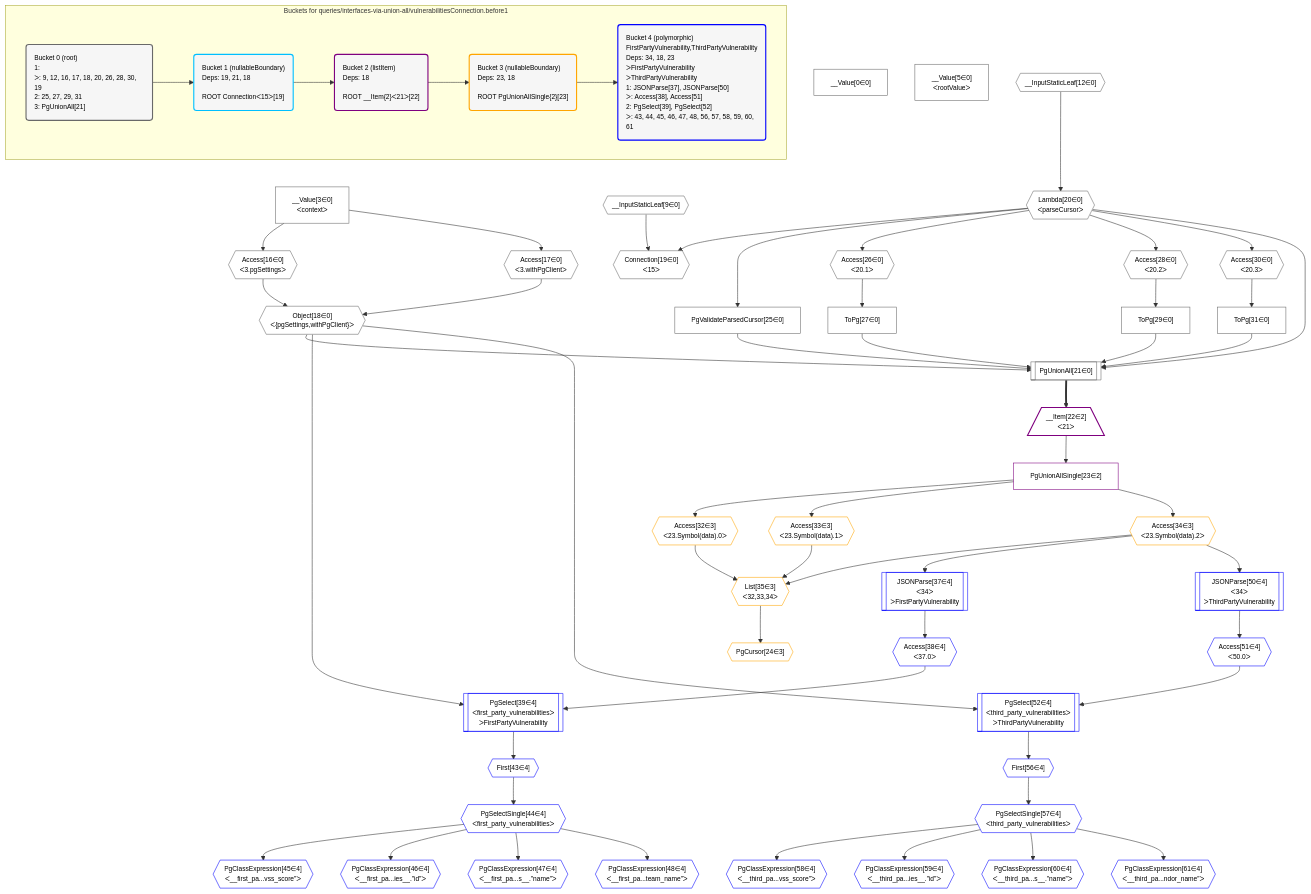
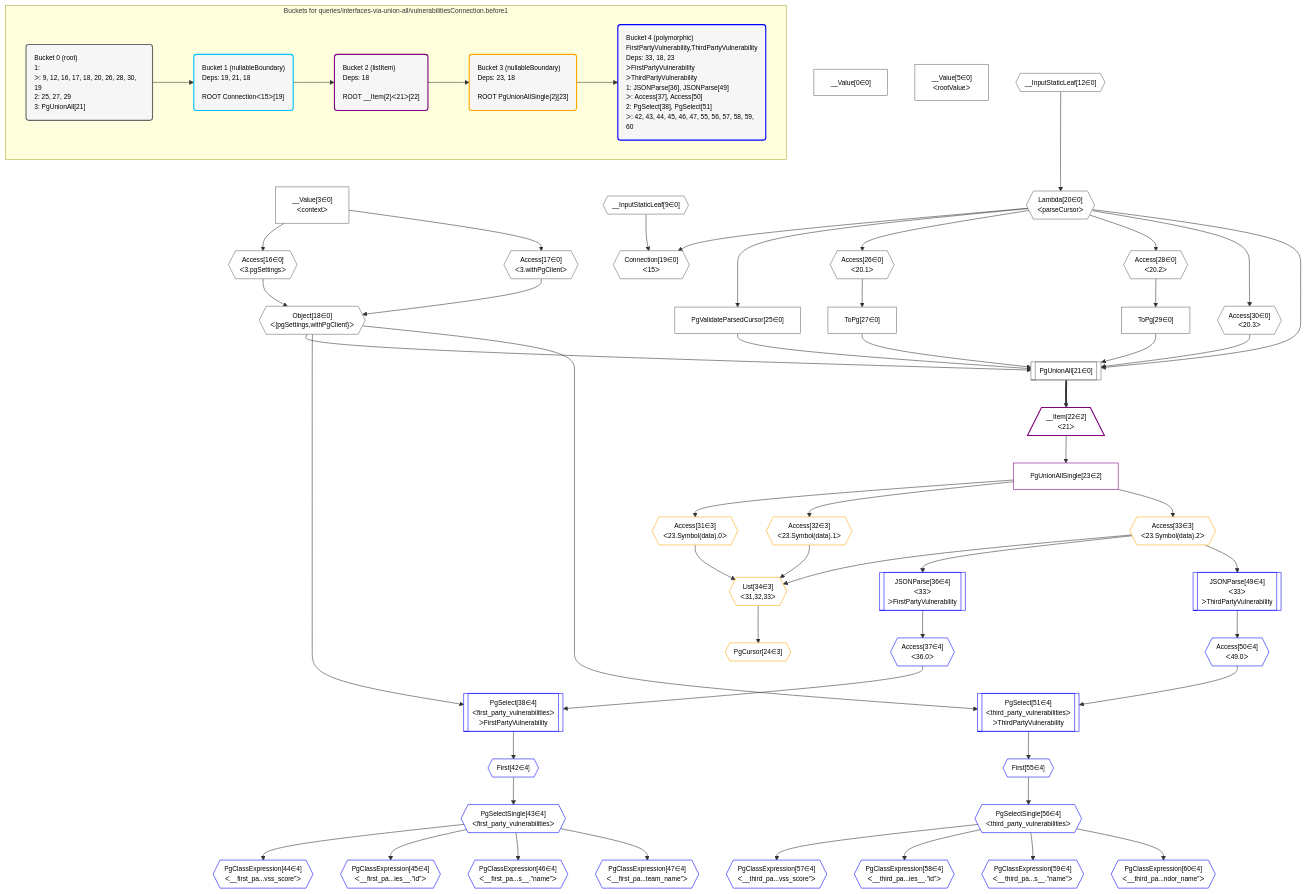
One commit to graphile/crystal changed the diagram in grafast/dataplan-pg/__tests__/queries/interfaces-via-union-all/vulnerabilitiesConnection.before1.mermaid. Above: the diagram before and after it, drawn with Mermaid. The commit also changed 13 other files, not shown here.

```diff
--- a/grafast/dataplan-pg/__tests__/queries/interfaces-via-union-all/vulnerabilitiesConnection.before1.mermaid
+++ b/grafast/dataplan-pg/__tests__/queries/interfaces-via-union-all/vulnerabilitiesConnection.before1.mermaid
@@ -1,116 +1,114 @@
 %%{init: {'themeVariables': { 'fontSize': '12px'}}}%%
 graph TD
     classDef path fill:#eee,stroke:#000,color:#000
     classDef plan fill:#fff,stroke-width:1px,color:#000
     classDef itemplan fill:#fff,stroke-width:2px,color:#000
     classDef unbatchedplan fill:#dff,stroke-width:1px,color:#000
     classDef sideeffectplan fill:#fcc,stroke-width:2px,color:#000
     classDef bucket fill:#f6f6f6,color:#000,stroke-width:2px,text-align:left
 
 
     %% define steps
     __Value0["__Value[0∈0]"]:::plan
     __Value3["__Value[3∈0]<br />ᐸcontextᐳ"]:::plan
     __Value5["__Value[5∈0]<br />ᐸrootValueᐳ"]:::plan
     __InputStaticLeaf9{{"__InputStaticLeaf[9∈0]"}}:::plan
     __InputStaticLeaf12{{"__InputStaticLeaf[12∈0]"}}:::plan
     Access16{{"Access[16∈0]<br />ᐸ3.pgSettingsᐳ"}}:::plan
     Access17{{"Access[17∈0]<br />ᐸ3.withPgClientᐳ"}}:::plan
     Object18{{"Object[18∈0]<br />ᐸ{pgSettings,withPgClient}ᐳ"}}:::plan
     Lambda20{{"Lambda[20∈0]<br />ᐸparseCursorᐳ"}}:::plan
     Connection19{{"Connection[19∈0]<br />ᐸ15ᐳ"}}:::plan
     PgValidateParsedCursor25["PgValidateParsedCursor[25∈0]"]:::plan
     Access26{{"Access[26∈0]<br />ᐸ20.1ᐳ"}}:::plan
     ToPg27["ToPg[27∈0]"]:::plan
     Access28{{"Access[28∈0]<br />ᐸ20.2ᐳ"}}:::plan
     ToPg29["ToPg[29∈0]"]:::plan
     Access30{{"Access[30∈0]<br />ᐸ20.3ᐳ"}}:::plan
-    ToPg31["ToPg[31∈0]"]:::plan
     PgUnionAll21[["PgUnionAll[21∈0]"]]:::plan
     __Item22[/"__Item[22∈2]<br />ᐸ21ᐳ"\]:::itemplan
     PgUnionAllSingle23["PgUnionAllSingle[23∈2]"]:::plan
-    Access32{{"Access[32∈3]<br />ᐸ23.Symbol(data).0ᐳ"}}:::plan
-    Access33{{"Access[33∈3]<br />ᐸ23.Symbol(data).1ᐳ"}}:::plan
-    Access34{{"Access[34∈3]<br />ᐸ23.Symbol(data).2ᐳ"}}:::plan
-    List35{{"List[35∈3]<br />ᐸ32,33,34ᐳ"}}:::plan
+    Access31{{"Access[31∈3]<br />ᐸ23.Symbol(data).0ᐳ"}}:::plan
+    Access32{{"Access[32∈3]<br />ᐸ23.Symbol(data).1ᐳ"}}:::plan
+    Access33{{"Access[33∈3]<br />ᐸ23.Symbol(data).2ᐳ"}}:::plan
+    List34{{"List[34∈3]<br />ᐸ31,32,33ᐳ"}}:::plan
     PgCursor24{{"PgCursor[24∈3]"}}:::plan
-    JSONParse37[["JSONParse[37∈4]<br />ᐸ34ᐳ<br />ᐳFirstPartyVulnerability"]]:::plan
-    Access38{{"Access[38∈4]<br />ᐸ37.0ᐳ"}}:::plan
-    PgSelect39[["PgSelect[39∈4]<br />ᐸfirst_party_vulnerabilitiesᐳ<br />ᐳFirstPartyVulnerability"]]:::plan
-    First43{{"First[43∈4]"}}:::plan
-    PgSelectSingle44{{"PgSelectSingle[44∈4]<br />ᐸfirst_party_vulnerabilitiesᐳ"}}:::plan
-    PgClassExpression45{{"PgClassExpression[45∈4]<br />ᐸ__first_pa...vss_score”ᐳ"}}:::plan
-    PgClassExpression46{{"PgClassExpression[46∈4]<br />ᐸ__first_pa...ies__.”id”ᐳ"}}:::plan
-    PgClassExpression47{{"PgClassExpression[47∈4]<br />ᐸ__first_pa...s__.”name”ᐳ"}}:::plan
-    PgClassExpression48{{"PgClassExpression[48∈4]<br />ᐸ__first_pa...team_name”ᐳ"}}:::plan
-    JSONParse50[["JSONParse[50∈4]<br />ᐸ34ᐳ<br />ᐳThirdPartyVulnerability"]]:::plan
-    Access51{{"Access[51∈4]<br />ᐸ50.0ᐳ"}}:::plan
-    PgSelect52[["PgSelect[52∈4]<br />ᐸthird_party_vulnerabilitiesᐳ<br />ᐳThirdPartyVulnerability"]]:::plan
-    First56{{"First[56∈4]"}}:::plan
-    PgSelectSingle57{{"PgSelectSingle[57∈4]<br />ᐸthird_party_vulnerabilitiesᐳ"}}:::plan
-    PgClassExpression58{{"PgClassExpression[58∈4]<br />ᐸ__third_pa...vss_score”ᐳ"}}:::plan
-    PgClassExpression59{{"PgClassExpression[59∈4]<br />ᐸ__third_pa...ies__.”id”ᐳ"}}:::plan
-    PgClassExpression60{{"PgClassExpression[60∈4]<br />ᐸ__third_pa...s__.”name”ᐳ"}}:::plan
-    PgClassExpression61{{"PgClassExpression[61∈4]<br />ᐸ__third_pa...ndor_name”ᐳ"}}:::plan
+    JSONParse36[["JSONParse[36∈4]<br />ᐸ33ᐳ<br />ᐳFirstPartyVulnerability"]]:::plan
+    Access37{{"Access[37∈4]<br />ᐸ36.0ᐳ"}}:::plan
+    PgSelect38[["PgSelect[38∈4]<br />ᐸfirst_party_vulnerabilitiesᐳ<br />ᐳFirstPartyVulnerability"]]:::plan
+    First42{{"First[42∈4]"}}:::plan
+    PgSelectSingle43{{"PgSelectSingle[43∈4]<br />ᐸfirst_party_vulnerabilitiesᐳ"}}:::plan
+    PgClassExpression44{{"PgClassExpression[44∈4]<br />ᐸ__first_pa...vss_score”ᐳ"}}:::plan
+    PgClassExpression45{{"PgClassExpression[45∈4]<br />ᐸ__first_pa...ies__.”id”ᐳ"}}:::plan
+    PgClassExpression46{{"PgClassExpression[46∈4]<br />ᐸ__first_pa...s__.”name”ᐳ"}}:::plan
+    PgClassExpression47{{"PgClassExpression[47∈4]<br />ᐸ__first_pa...team_name”ᐳ"}}:::plan
+    JSONParse49[["JSONParse[49∈4]<br />ᐸ33ᐳ<br />ᐳThirdPartyVulnerability"]]:::plan
+    Access50{{"Access[50∈4]<br />ᐸ49.0ᐳ"}}:::plan
+    PgSelect51[["PgSelect[51∈4]<br />ᐸthird_party_vulnerabilitiesᐳ<br />ᐳThirdPartyVulnerability"]]:::plan
+    First55{{"First[55∈4]"}}:::plan
+    PgSelectSingle56{{"PgSelectSingle[56∈4]<br />ᐸthird_party_vulnerabilitiesᐳ"}}:::plan
+    PgClassExpression57{{"PgClassExpression[57∈4]<br />ᐸ__third_pa...vss_score”ᐳ"}}:::plan
+    PgClassExpression58{{"PgClassExpression[58∈4]<br />ᐸ__third_pa...ies__.”id”ᐳ"}}:::plan
+    PgClassExpression59{{"PgClassExpression[59∈4]<br />ᐸ__third_pa...s__.”name”ᐳ"}}:::plan
+    PgClassExpression60{{"PgClassExpression[60∈4]<br />ᐸ__third_pa...ndor_name”ᐳ"}}:::plan
 
     %% plan dependencies
     __Value3 --> Access16
     __Value3 --> Access17
     Access16 & Access17 --> Object18
     __InputStaticLeaf12 --> Lambda20
     __InputStaticLeaf9 & Lambda20 --> Connection19
     Lambda20 --> PgValidateParsedCursor25
     Lambda20 --> Access26
     Access26 --> ToPg27
     Lambda20 --> Access28
     Access28 --> ToPg29
     Lambda20 --> Access30
-    Access30 --> ToPg31
-    Object18 & Lambda20 & PgValidateParsedCursor25 & ToPg27 & ToPg29 & ToPg31 --> PgUnionAll21
+    Object18 & Lambda20 & PgValidateParsedCursor25 & ToPg27 & ToPg29 & Access30 --> PgUnionAll21
     PgUnionAll21 ==> __Item22
     __Item22 --> PgUnionAllSingle23
+    PgUnionAllSingle23 --> Access31
     PgUnionAllSingle23 --> Access32
     PgUnionAllSingle23 --> Access33
-    PgUnionAllSingle23 --> Access34
-    Access32 & Access33 & Access34 --> List35
-    List35 --> PgCursor24
-    Access34 --> JSONParse37
-    JSONParse37 --> Access38
-    Object18 & Access38 --> PgSelect39
-    PgSelect39 --> First43
-    First43 --> PgSelectSingle44
-    PgSelectSingle44 --> PgClassExpression45
-    PgSelectSingle44 --> PgClassExpression46
-    PgSelectSingle44 --> PgClassExpression47
-    PgSelectSingle44 --> PgClassExpression48
-    Access34 --> JSONParse50
-    JSONParse50 --> Access51
-    Object18 & Access51 --> PgSelect52
-    PgSelect52 --> First56
-    First56 --> PgSelectSingle57
-    PgSelectSingle57 --> PgClassExpression58
-    PgSelectSingle57 --> PgClassExpression59
-    PgSelectSingle57 --> PgClassExpression60
-    PgSelectSingle57 --> PgClassExpression61
+    Access31 & Access32 & Access33 --> List34
+    List34 --> PgCursor24
+    Access33 --> JSONParse36
+    JSONParse36 --> Access37
+    Object18 & Access37 --> PgSelect38
+    PgSelect38 --> First42
+    First42 --> PgSelectSingle43
+    PgSelectSingle43 --> PgClassExpression44
+    PgSelectSingle43 --> PgClassExpression45
+    PgSelectSingle43 --> PgClassExpression46
+    PgSelectSingle43 --> PgClassExpression47
+    Access33 --> JSONParse49
+    JSONParse49 --> Access50
+    Object18 & Access50 --> PgSelect51
+    PgSelect51 --> First55
+    First55 --> PgSelectSingle56
+    PgSelectSingle56 --> PgClassExpression57
+    PgSelectSingle56 --> PgClassExpression58
+    PgSelectSingle56 --> PgClassExpression59
+    PgSelectSingle56 --> PgClassExpression60
 
     subgraph "Buckets for queries/interfaces-via-union-all/vulnerabilitiesConnection.before1"
-    Bucket0("Bucket 0 (root)<br />1: <br />ᐳ: 9, 12, 16, 17, 18, 20, 26, 28, 30, 19<br />2: 25, 27, 29, 31<br />3: PgUnionAll[21]"):::bucket
+    Bucket0("Bucket 0 (root)<br />1: <br />ᐳ: 9, 12, 16, 17, 18, 20, 26, 28, 30, 19<br />2: 25, 27, 29<br />3: PgUnionAll[21]"):::bucket
     classDef bucket0 stroke:#696969
-    class Bucket0,__Value0,__Value3,__Value5,__InputStaticLeaf9,__InputStaticLeaf12,Access16,Access17,Object18,Connection19,Lambda20,PgUnionAll21,PgValidateParsedCursor25,Access26,ToPg27,Access28,ToPg29,Access30,ToPg31 bucket0
+    class Bucket0,__Value0,__Value3,__Value5,__InputStaticLeaf9,__InputStaticLeaf12,Access16,Access17,Object18,Connection19,Lambda20,PgUnionAll21,PgValidateParsedCursor25,Access26,ToPg27,Access28,ToPg29,Access30 bucket0
     Bucket1("Bucket 1 (nullableBoundary)<br />Deps: 19, 21, 18<br /><br />ROOT Connectionᐸ15ᐳ[19]"):::bucket
     classDef bucket1 stroke:#00bfff
     class Bucket1 bucket1
     Bucket2("Bucket 2 (listItem)<br />Deps: 18<br /><br />ROOT __Item{2}ᐸ21ᐳ[22]"):::bucket
     classDef bucket2 stroke:#7f007f
     class Bucket2,__Item22,PgUnionAllSingle23 bucket2
     Bucket3("Bucket 3 (nullableBoundary)<br />Deps: 23, 18<br /><br />ROOT PgUnionAllSingle{2}[23]"):::bucket
     classDef bucket3 stroke:#ffa500
-    class Bucket3,PgCursor24,Access32,Access33,Access34,List35 bucket3
-    Bucket4("Bucket 4 (polymorphic)<br />FirstPartyVulnerability,ThirdPartyVulnerability<br />Deps: 34, 18, 23<br />ᐳFirstPartyVulnerability<br />ᐳThirdPartyVulnerability<br />1: JSONParse[37], JSONParse[50]<br />ᐳ: Access[38], Access[51]<br />2: PgSelect[39], PgSelect[52]<br />ᐳ: 43, 44, 45, 46, 47, 48, 56, 57, 58, 59, 60, 61"):::bucket
+    class Bucket3,PgCursor24,Access31,Access32,Access33,List34 bucket3
+    Bucket4("Bucket 4 (polymorphic)<br />FirstPartyVulnerability,ThirdPartyVulnerability<br />Deps: 33, 18, 23<br />ᐳFirstPartyVulnerability<br />ᐳThirdPartyVulnerability<br />1: JSONParse[36], JSONParse[49]<br />ᐳ: Access[37], Access[50]<br />2: PgSelect[38], PgSelect[51]<br />ᐳ: 42, 43, 44, 45, 46, 47, 55, 56, 57, 58, 59, 60"):::bucket
     classDef bucket4 stroke:#0000ff
-    class Bucket4,JSONParse37,Access38,PgSelect39,First43,PgSelectSingle44,PgClassExpression45,PgClassExpression46,PgClassExpression47,PgClassExpression48,JSONParse50,Access51,PgSelect52,First56,PgSelectSingle57,PgClassExpression58,PgClassExpression59,PgClassExpression60,PgClassExpression61 bucket4
+    class Bucket4,JSONParse36,Access37,PgSelect38,First42,PgSelectSingle43,PgClassExpression44,PgClassExpression45,PgClassExpression46,PgClassExpression47,JSONParse49,Access50,PgSelect51,First55,PgSelectSingle56,PgClassExpression57,PgClassExpression58,PgClassExpression59,PgClassExpression60 bucket4
     Bucket0 --> Bucket1
     Bucket1 --> Bucket2
     Bucket2 --> Bucket3
     Bucket3 --> Bucket4
     end
```
